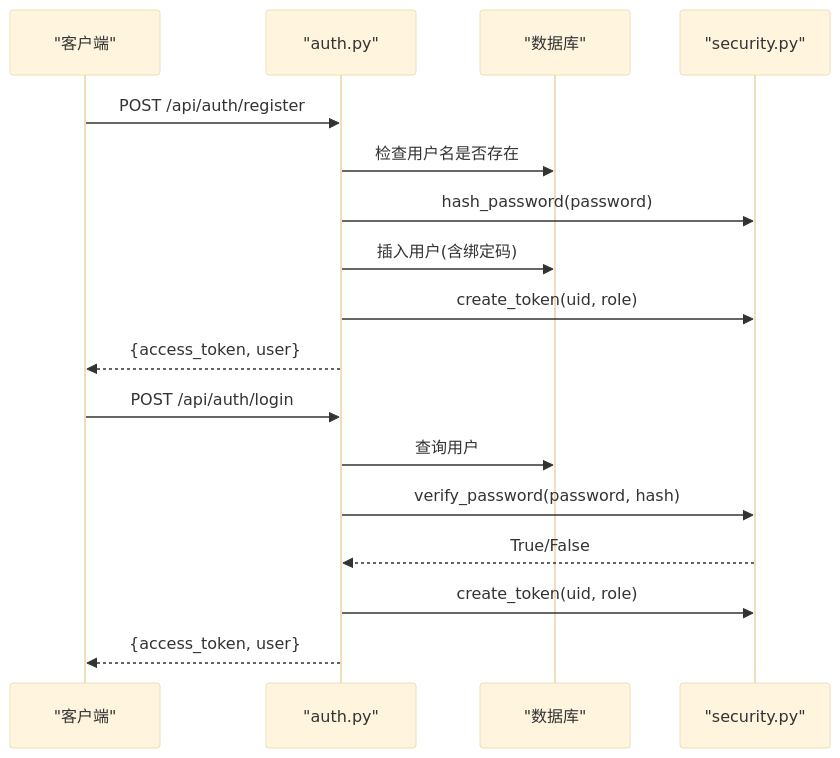
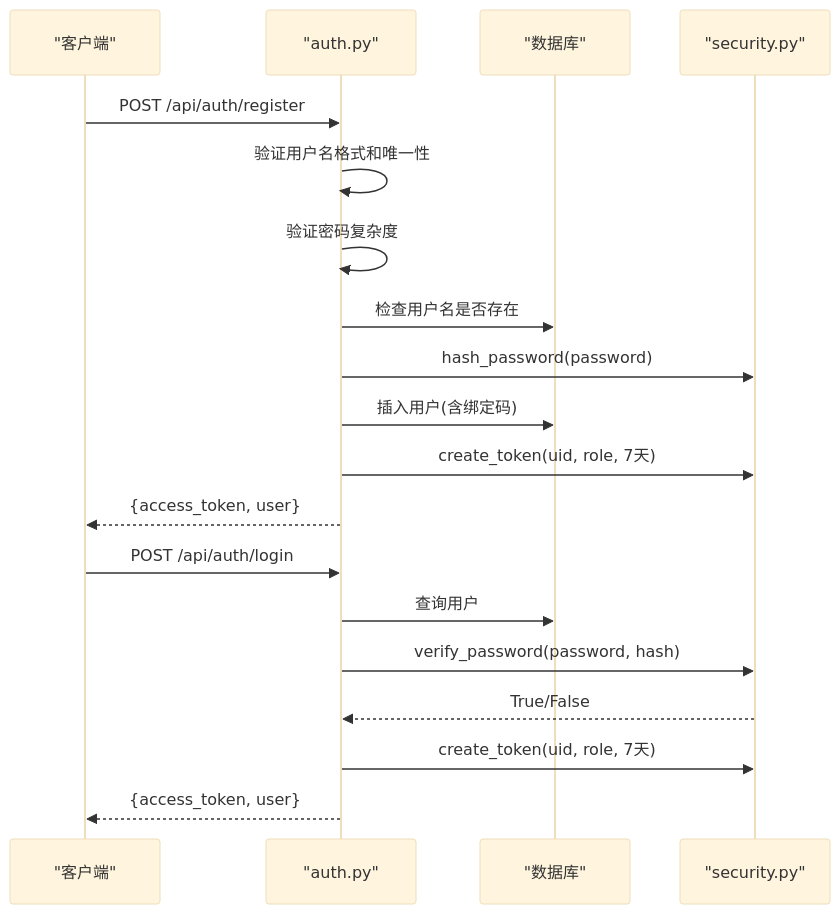
The seventh of 8 diagrams in .qoder/repowiki/zh/content/安全与认证机制/认证授权机制.md (onebody/homework), drawn with Mermaid (base theme) before and after one commit. The commit also changed other lines of this file and 14 other files, not shown here.

````diff
--- a/.qoder/repowiki/zh/content/安全与认证机制/认证授权机制.md
+++ b/.qoder/repowiki/zh/content/安全与认证机制/认证授权机制.md
@@ -283,19 +328,21 @@
 ```mermaid
 sequenceDiagram
 participant Client as "客户端"
 participant Auth as "auth.py"
 participant DB as "数据库"
 participant Sec as "security.py"
 Client->>Auth : POST /api/auth/register
+Auth->>Auth : 验证用户名格式和唯一性
+Auth->>Auth : 验证密码复杂度
 Auth->>DB : 检查用户名是否存在
 Auth->>Sec : hash_password(password)
 Auth->>DB : 插入用户(含绑定码)
-Auth->>Sec : create_token(uid, role)
+Auth->>Sec : create_token(uid, role, 7天)
 Auth-->>Client : {access_token, user}
 Client->>Auth : POST /api/auth/login
 Auth->>DB : 查询用户
 Auth->>Sec : verify_password(password, hash)
 Sec-->>Auth : True/False
-Auth->>Sec : create_token(uid, role)
+Auth->>Sec : create_token(uid, role, 7天)
 Auth-->>Client : {access_token, user}
 ```
````
